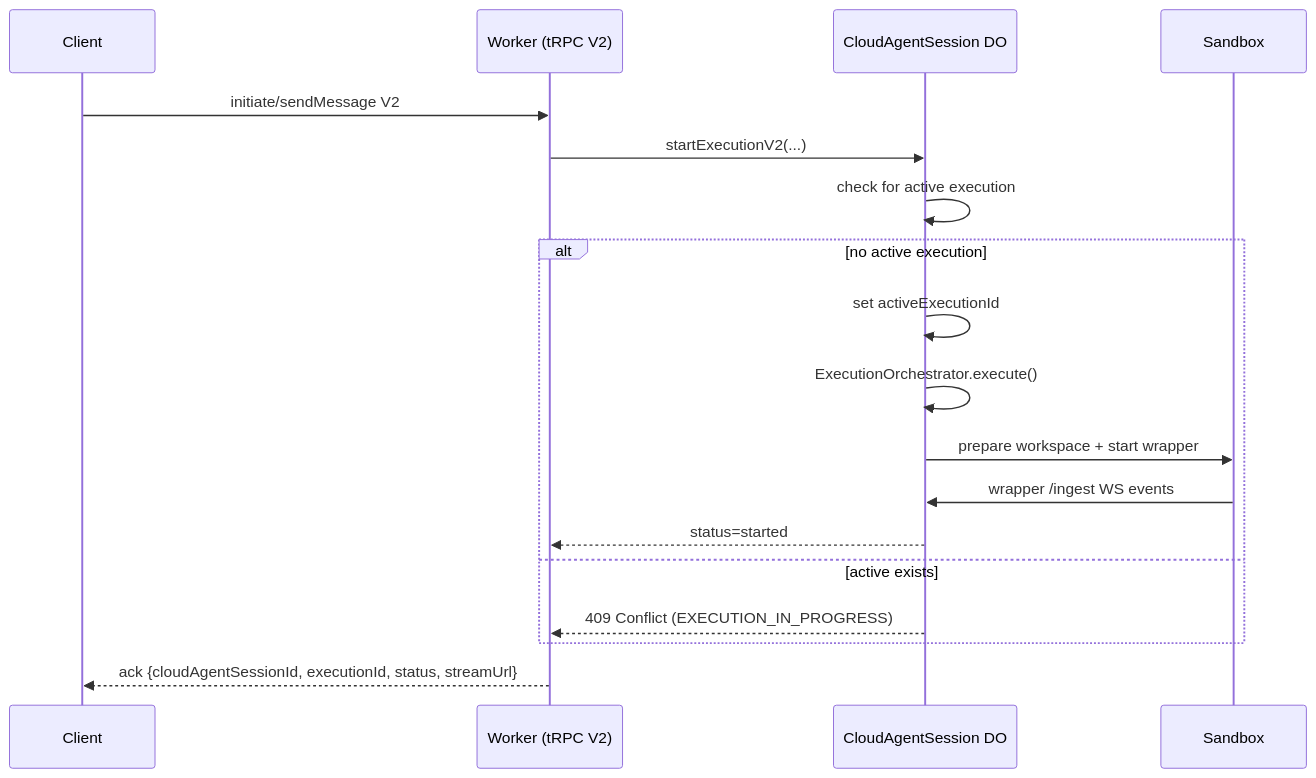
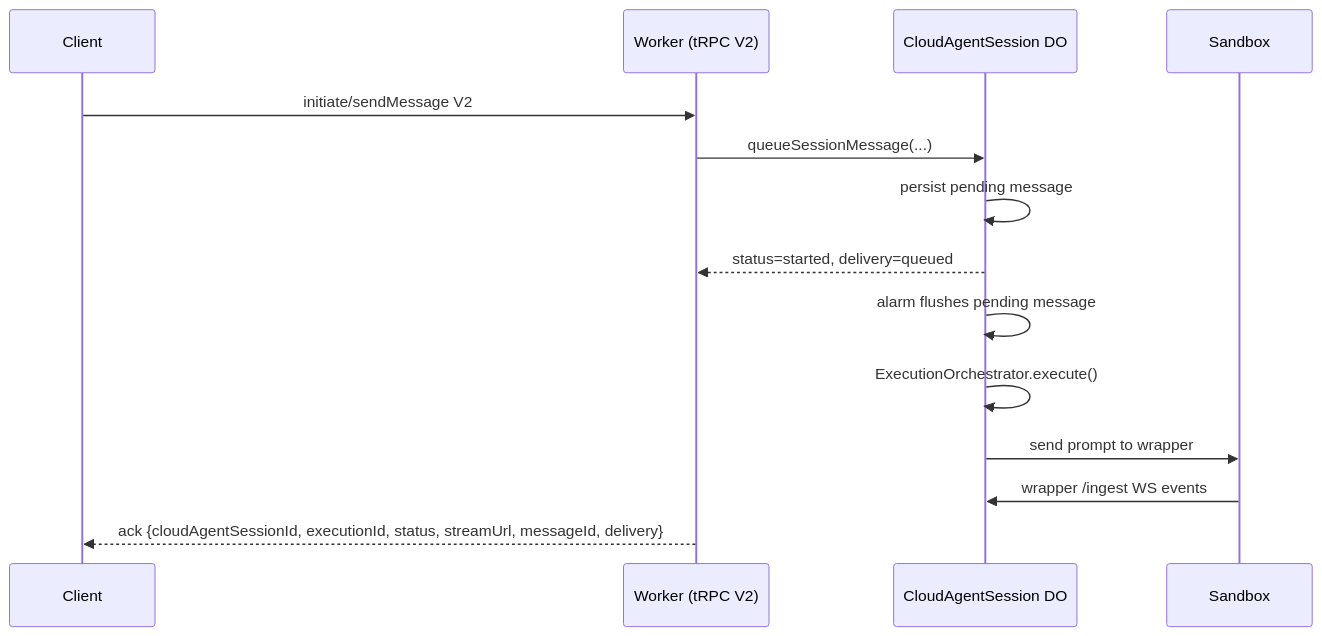
The second of 9 diagrams in services/cloud-agent-next/docs/diagrams.md (Kilo-Org/cloud), drawn with Mermaid before and after one commit. The commit also changed other lines of this file and 180 other files, not shown here.

Commit message:
refactor(cloud-agent-next): replace execution-centric session management

````diff
--- a/services/cloud-agent-next/docs/diagrams.md
+++ b/services/cloud-agent-next/docs/diagrams.md
@@ -29,24 +29,19 @@
 ```mermaid
 sequenceDiagram
   participant C as Client
   participant W as Worker (tRPC V2)
   participant DO as CloudAgentSession DO
   participant SB as Sandbox
 
   C->>W: initiate/sendMessage V2
-  W->>DO: startExecutionV2(...)
+  W->>DO: queueSessionMessage(...)
 
-  DO->>DO: check for active execution
+  DO->>DO: persist pending message
+  DO-->>W: status=started, delivery=queued
+  DO->>DO: alarm flushes pending message
+  DO->>DO: ExecutionOrchestrator.execute()
+  DO->>SB: send prompt to wrapper
+  SB->>DO: wrapper /ingest WS events
 
-  alt no active execution
-    DO->>DO: set activeExecutionId
-    DO->>DO: ExecutionOrchestrator.execute()
-    DO->>SB: prepare workspace + start wrapper
-    SB->>DO: wrapper /ingest WS events
-    DO-->>W: status=started
-  else active exists
-    DO-->>W: 409 Conflict (EXECUTION_IN_PROGRESS)
-  end
-
-  W-->>C: ack {cloudAgentSessionId, executionId, status, streamUrl}
+  W-->>C: ack {cloudAgentSessionId, executionId, status, streamUrl, messageId, delivery}
 ```
````
